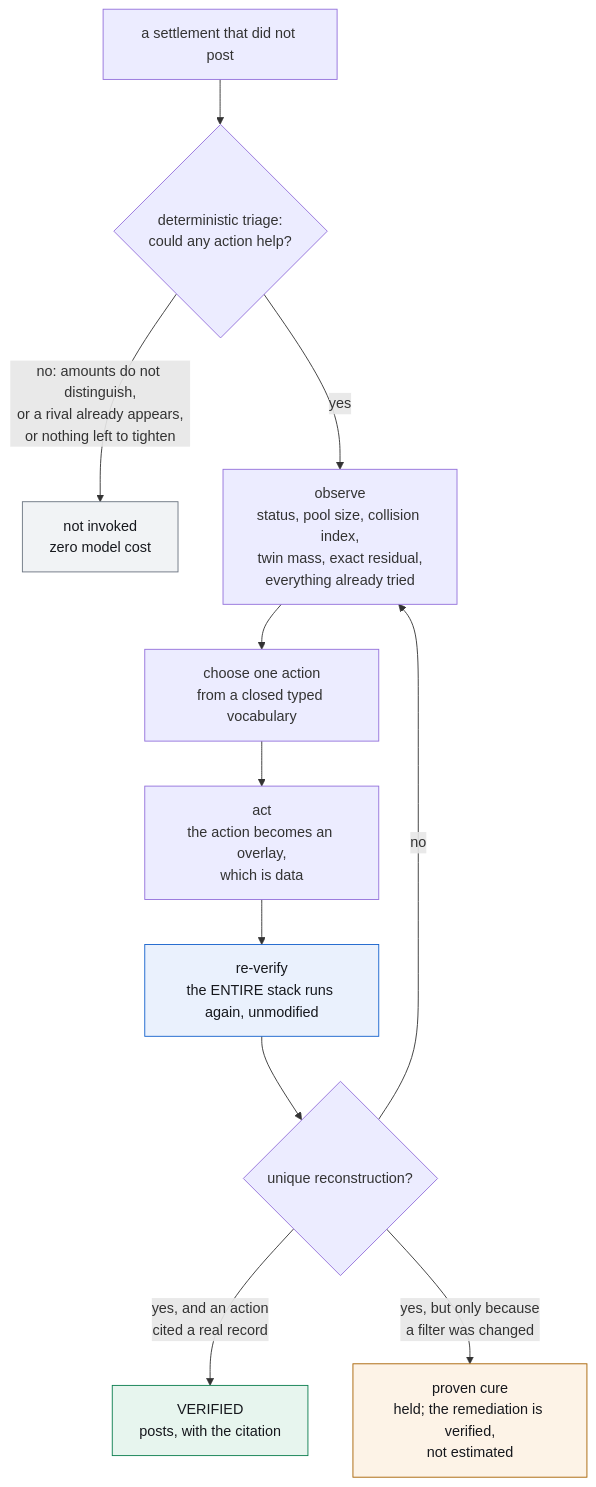
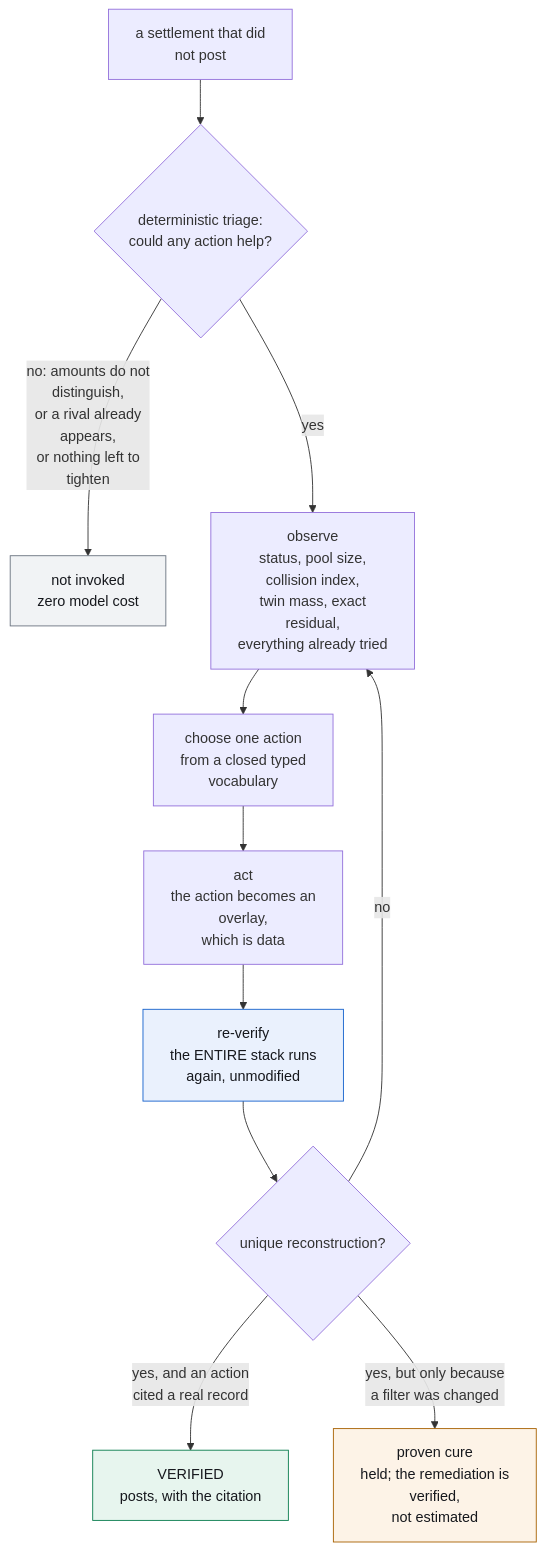
One commit to Rishi0507/Manhattan changed the diagram in docs/diagrams/design-4.mmd. Above: the diagram before and after it, drawn with Mermaid. The commit also changed 8 other files, not shown here.

Commit message:
keep every mermaid label line inside the wrapping width

```diff
--- a/docs/diagrams/design-4.mmd
+++ b/docs/diagrams/design-4.mmd
@@ -1,16 +1,16 @@
 flowchart TB
-    EX["a settlement that did not post"] --> T{"deterministic triage:<br/>could any action help?"}
-    T -->|"no: amounts do not distinguish,<br/>or a rival already appears,<br/>or nothing left to tighten"| SKIP["not invoked<br/>zero model cost"]
-    T -->|"yes"| OBS["observe<br/>status, pool size, collision index,<br/>twin mass, exact residual,<br/>everything already tried"]
-    OBS --> CH["choose one action<br/>from a closed typed vocabulary"]
-    CH --> ACT["act<br/>the action becomes an overlay,<br/>which is data"]
-    ACT --> VER["re-verify<br/>the ENTIRE stack runs again, unmodified"]
+    EX["a settlement that did<br/>not post"] --> T{"deterministic triage:<br/>could any action help?"}
+    T -->|"no: amounts do not<br/>distinguish,<br/>or a rival already<br/>appears,<br/>or nothing left to<br/>tighten"| SKIP["not invoked<br/>zero model cost"]
+    T -->|"yes"| OBS["observe<br/>status, pool size,<br/>collision index,<br/>twin mass, exact<br/>residual,<br/>everything already tried"]
+    OBS --> CH["choose one action<br/>from a closed typed<br/>vocabulary"]
+    CH --> ACT["act<br/>the action becomes an<br/>overlay,<br/>which is data"]
+    ACT --> VER["re-verify<br/>the ENTIRE stack runs<br/>again, unmodified"]
     VER --> Q{"unique reconstruction?"}
     Q -->|no| OBS
     Q -->|"yes, and an action<br/>cited a real record"| POST["VERIFIED<br/>posts, with the citation"]
-    Q -->|"yes, but only because<br/>a filter was changed"| CURE["proven cure<br/>held; the remediation is verified,<br/>not estimated"]
+    Q -->|"yes, but only because<br/>a filter was changed"| CURE["proven cure<br/>held; the remediation is<br/>verified,<br/>not estimated"]
 
     style SKIP fill:#f1f3f5,stroke:#6b7480,color:#16181d
     style POST fill:#e7f5ee,stroke:#0a7d4e,color:#16181d
     style CURE fill:#fdf3e7,stroke:#a76100,color:#16181d
     style VER fill:#eaf1fd,stroke:#1461cc,color:#16181d
```
